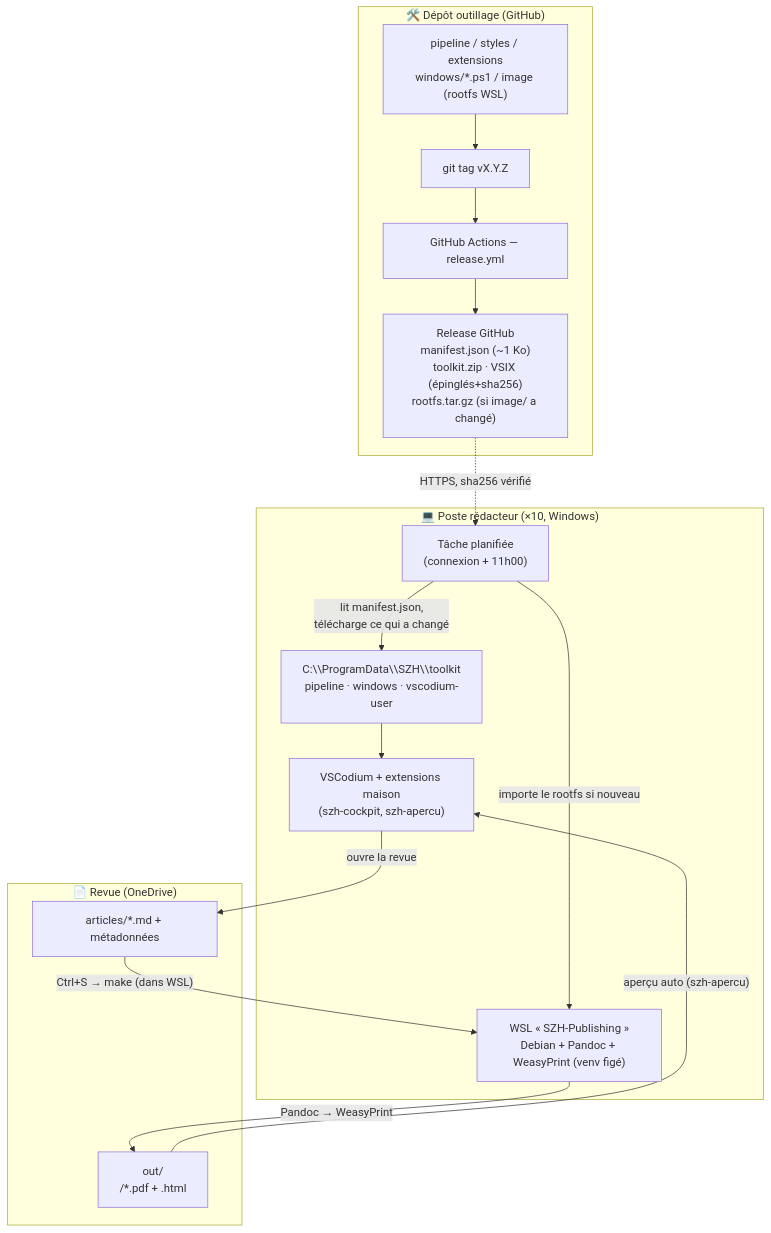
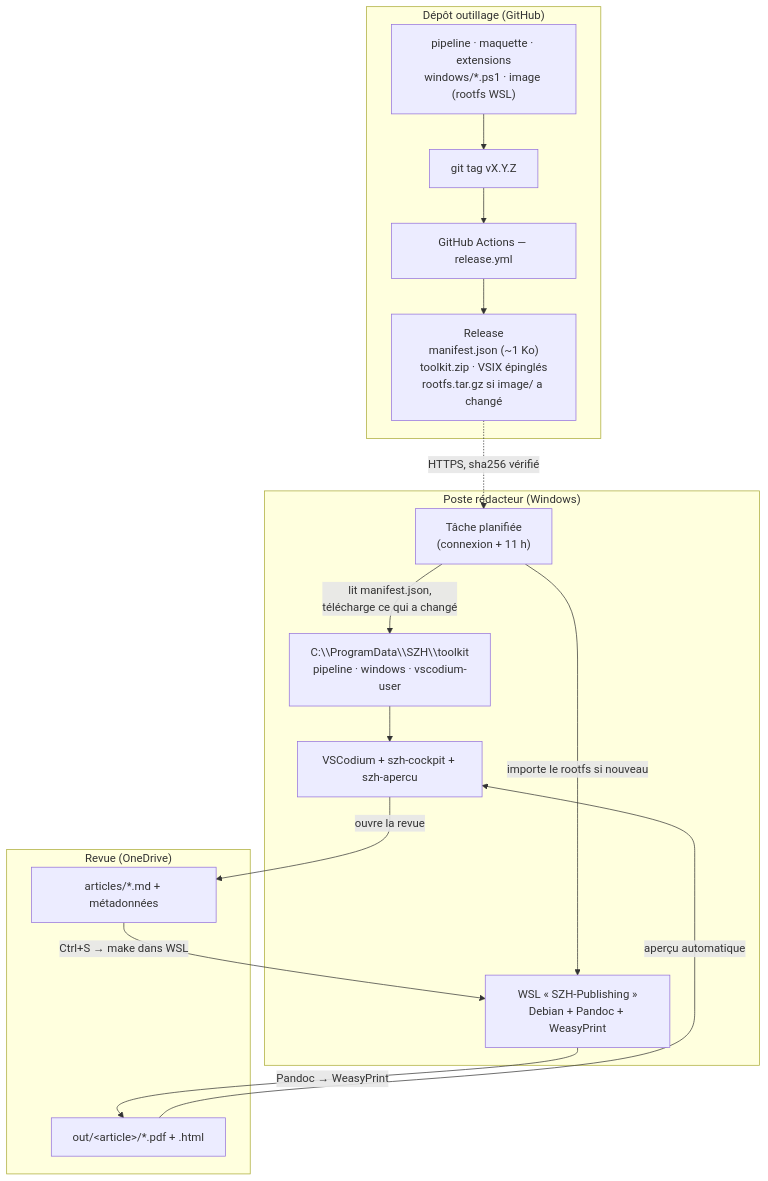
The diagram in docs/ARCHITECTURE.md (SZH-CSPS/szh-publishing-toolchain), drawn with Mermaid before and after one commit. The commit also changed other lines of this file and 101 other files, not shown here.

````diff
--- a/docs/ARCHITECTURE.md
+++ b/docs/ARCHITECTURE.md
@@ -28,31 +24,31 @@
 ```mermaid
 flowchart TB
-    subgraph DEV["🛠️ Dépôt outillage (GitHub)"]
-        SRC["pipeline / styles / extensions<br/>windows/*.ps1 / image (rootfs WSL)"]
+    subgraph DEV["Dépôt outillage (GitHub)"]
+        SRC["pipeline · maquette · extensions<br/>windows/*.ps1 · image (rootfs WSL)"]
         TAG["git tag vX.Y.Z"]
         CI["GitHub Actions — release.yml"]
-        REL["Release GitHub<br/>manifest.json (~1 Ko)<br/>toolkit.zip · VSIX (épinglés+sha256)<br/>rootfs.tar.gz (si image/ a changé)"]
+        REL["Release<br/>manifest.json (~1 Ko)<br/>toolkit.zip · VSIX épinglés<br/>rootfs.tar.gz si image/ a changé"]
         SRC --> TAG --> CI --> REL
     end
 
-    subgraph POSTE["💻 Poste rédacteur (×10, Windows)"]
-        TASK["Tâche planifiée<br/>(connexion + 11h00)"]
+    subgraph POSTE["Poste rédacteur (Windows)"]
+        TASK["Tâche planifiée<br/>(connexion + 11 h)"]
         TOOLKIT["C:\\ProgramData\\SZH\\toolkit<br/>pipeline · windows · vscodium-user"]
-        WSL["WSL « SZH-Publishing »<br/>Debian + Pandoc + WeasyPrint (venv figé)"]
-        VSC["VSCodium + extensions maison<br/>(szh-cockpit, szh-apercu)"]
+        WSL["WSL « SZH-Publishing »<br/>Debian + Pandoc + WeasyPrint"]
+        VSC["VSCodium + szh-cockpit + szh-apercu"]
         TASK -->|"lit manifest.json,<br/>télécharge ce qui a changé"| TOOLKIT
         TASK -->|"importe le rootfs si nouveau"| WSL
         TOOLKIT --> VSC
     end
 
-    subgraph REVUE["📄 Revue (OneDrive)"]
+    subgraph REVUE["Revue (OneDrive)"]
         MD["articles/*.md + métadonnées"]
-        PDF["out/<article>/*.pdf + .html"]
+        PDF["out/&lt;article&gt;/*.pdf + .html"]
     end
 
     REL -.->|"HTTPS, sha256 vérifié"| TASK
     VSC -->|"ouvre la revue"| MD
-    MD -->|"Ctrl+S → make (dans WSL)"| WSL
+    MD -->|"Ctrl+S → make dans WSL"| WSL
     WSL -->|"Pandoc → WeasyPrint"| PDF
-    PDF -->|"aperçu auto (szh-apercu)"| VSC
+    PDF -->|"aperçu automatique"| VSC
 ```
````
